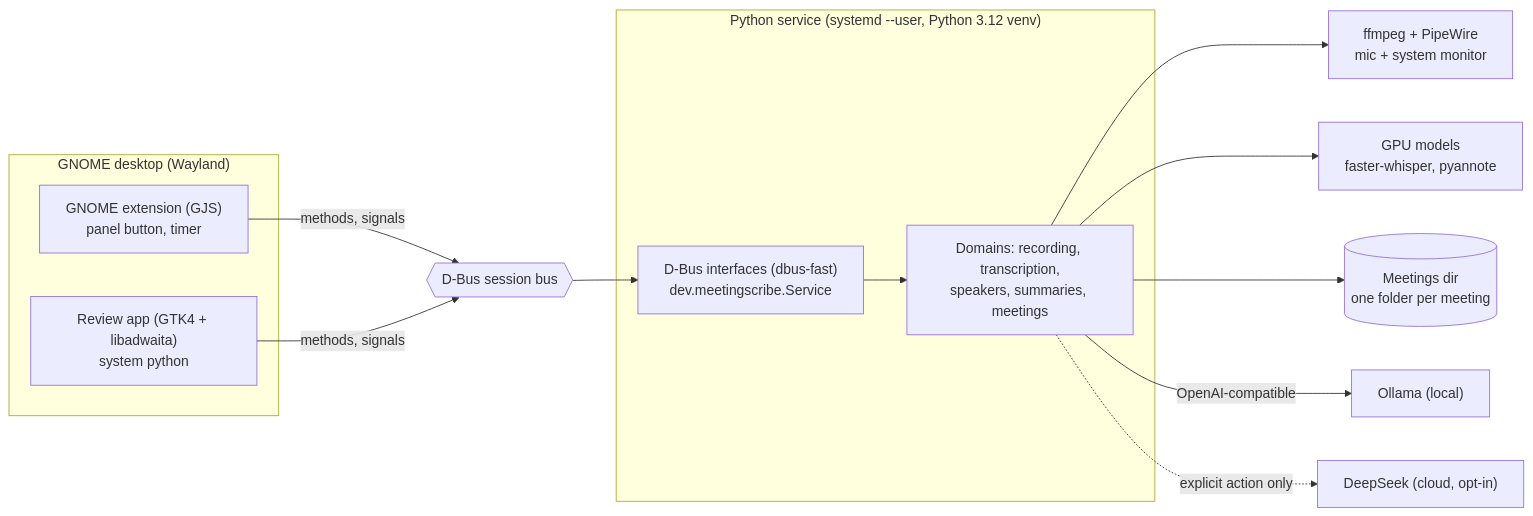
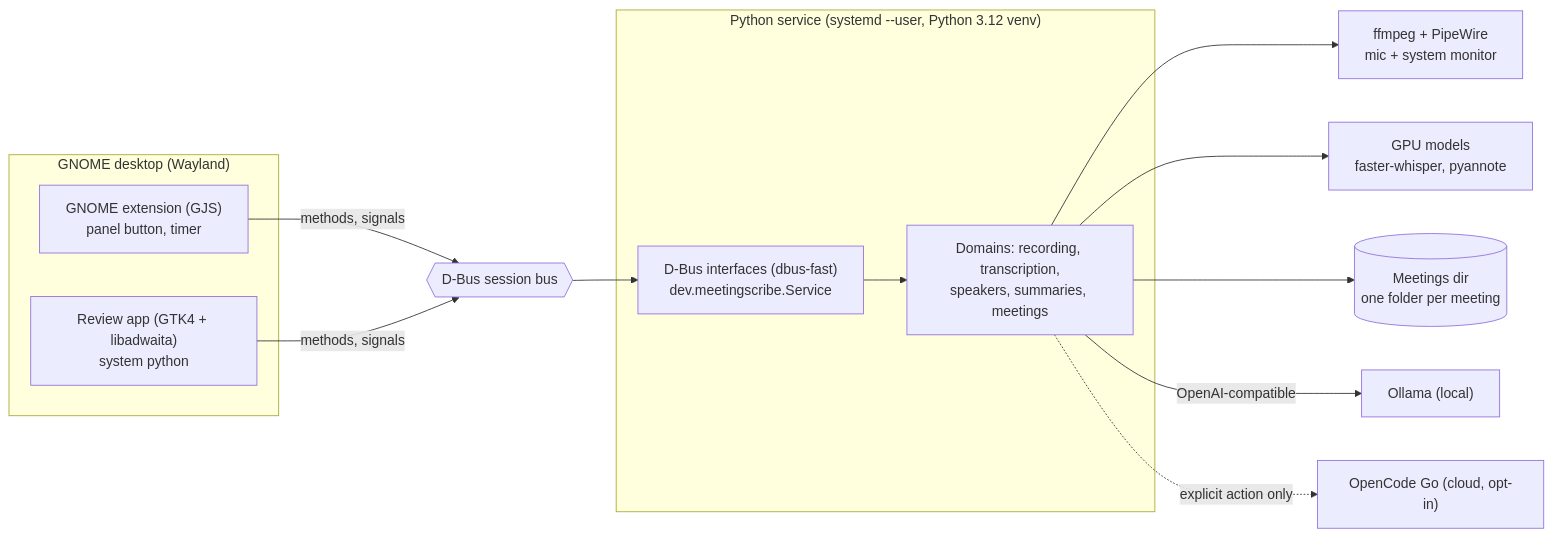
The first of 3 diagrams in ARCHITECTURE.md (CorsairRom/meeting-scribe), drawn with Mermaid before and after one commit. The commit also changed other lines of this file and 17 other files, not shown here.

````diff
--- a/ARCHITECTURE.md
+++ b/ARCHITECTURE.md
@@ -19,27 +19,27 @@
 ```mermaid
 flowchart LR
   subgraph Desktop["GNOME desktop (Wayland)"]
     EXT["GNOME extension (GJS)<br/>panel button, timer"]
     REVIEW["Review app (GTK4 + libadwaita)<br/>system python"]
   end
   BUS{{"D-Bus session bus"}}
   subgraph Service["Python service (systemd --user, Python 3.12 venv)"]
     API["D-Bus interfaces (dbus-fast)<br/>dev.meetingscribe.Service"]
     APP["Domains: recording, transcription,<br/>speakers, summaries, meetings"]
     API --> APP
   end
   AUDIO["ffmpeg + PipeWire<br/>mic + system monitor"]
   GPU["GPU models<br/>faster-whisper, pyannote"]
   FS[("Meetings dir<br/>one folder per meeting")]
   LLM_L["Ollama (local)"]
-  LLM_C["DeepSeek (cloud, opt-in)"]
+  LLM_C["OpenCode Go (cloud, opt-in)"]
 
   EXT -- "methods, signals" --> BUS
   REVIEW -- "methods, signals" --> BUS
   BUS --> API
   APP --> AUDIO
   APP --> GPU
   APP --> FS
   APP -- "OpenAI-compatible" --> LLM_L
   APP -. "explicit action only" .-> LLM_C
 ```
````
